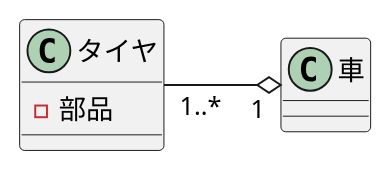
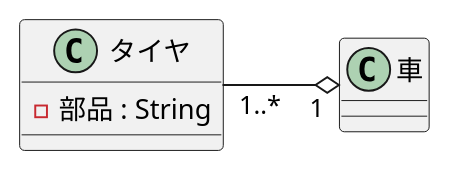
Before and after one commit to YumaSatou/uml-introduction: the diagram in 演習3-4_クラス図.pu, drawn with PlantUML.

Commit message:
修正を加えました

```diff
--- a/演習3-4_クラス図.pu
+++ b/演習3-4_クラス図.pu
@@ -1,12 +1,12 @@
 @startuml
 left to right direction
 class 車{
 }
 
 class タイヤ {
-- 部品
+- 部品 : String
 }
 
 タイヤ "1..*" --o "1"車
 
 @enduml
```
